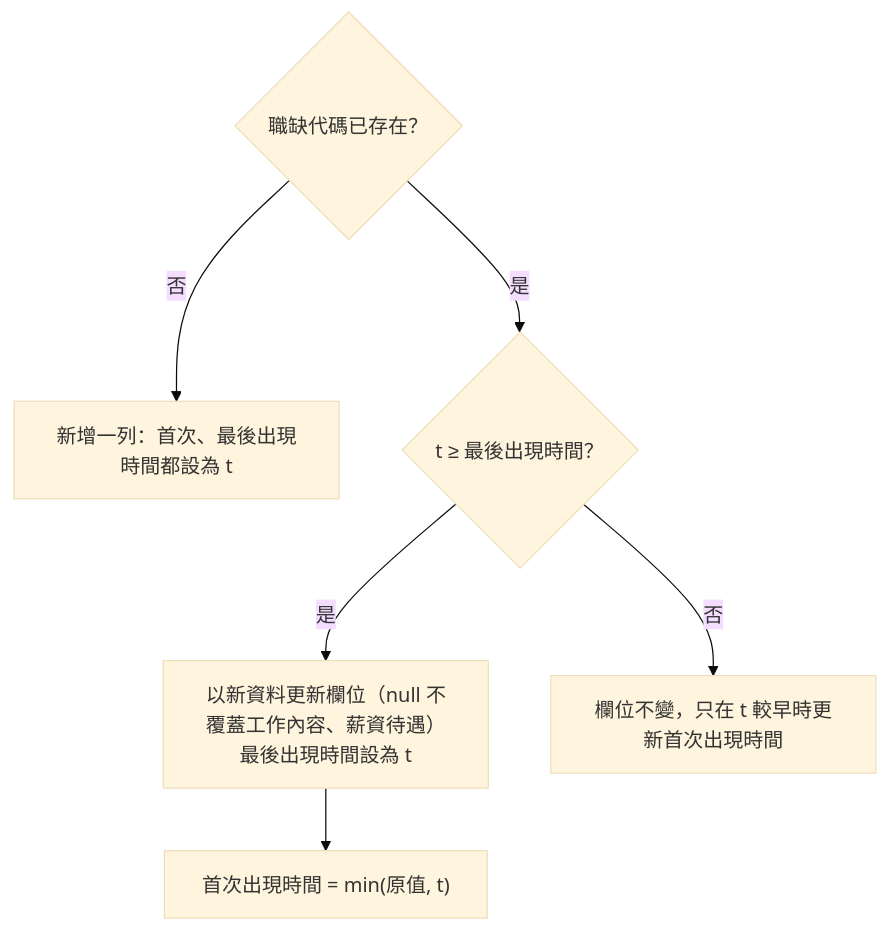
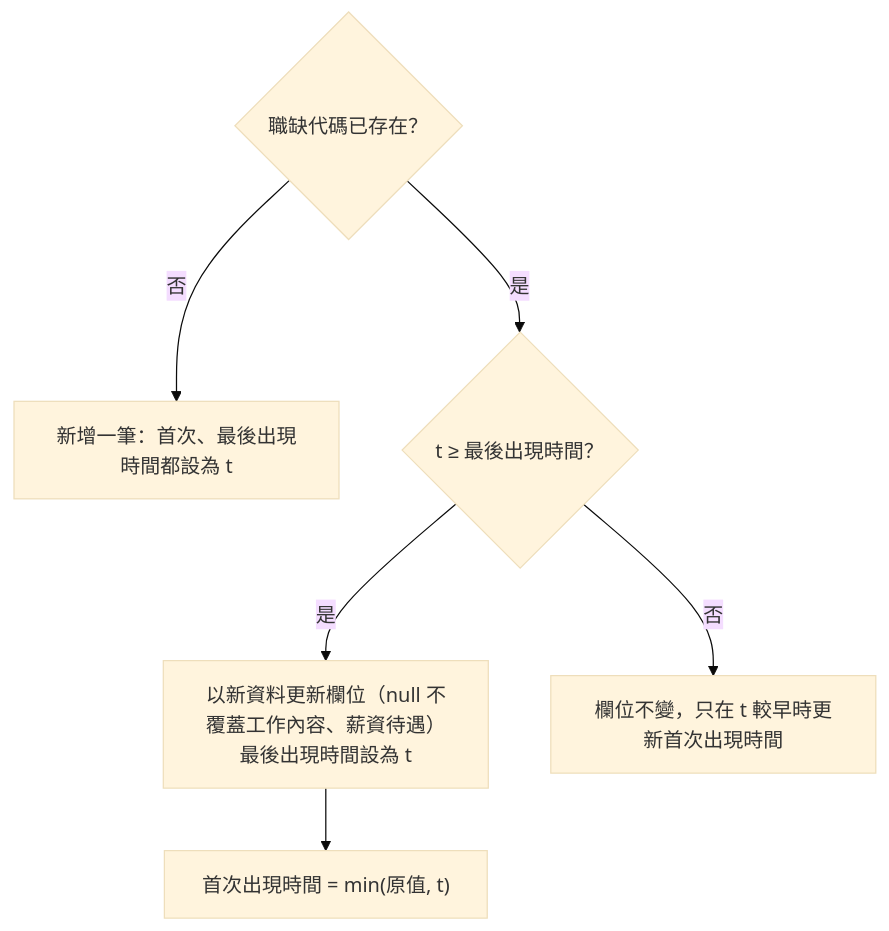
The diagram in docs/features/job-database.md (dlhdb/job-matching), drawn with Mermaid (base theme) before and after one commit. The commit also changed other lines of this file and 10 other files, not shown here.

````diff
--- a/docs/features/job-database.md
+++ b/docs/features/job-database.md
@@ -79,8 +79,8 @@
 ```mermaid
 flowchart TD
-    A{職缺代碼已存在？} -->|否| N["新增一列：首次、最後出現時間都設為 t"]
+    A{職缺代碼已存在？} -->|否| N["新增一筆：首次、最後出現時間都設為 t"]
     A -->|是| B{"t ≥ 最後出現時間？"}
     B -->|是| U["以新資料更新欄位（null 不覆蓋工作內容、薪資待遇）<br>最後出現時間設為 t"]
     B -->|否| F["欄位不變，只在 t 較早時更新首次出現時間"]
     U --> M["首次出現時間 = min(原值, t)"]
 ```
````
